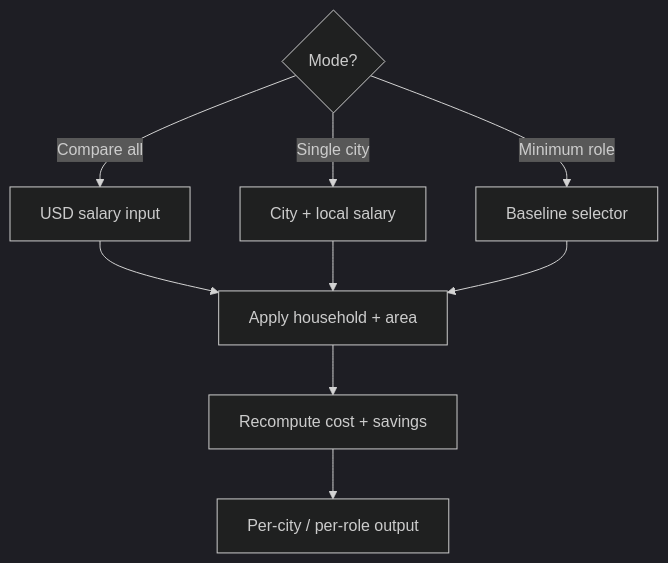
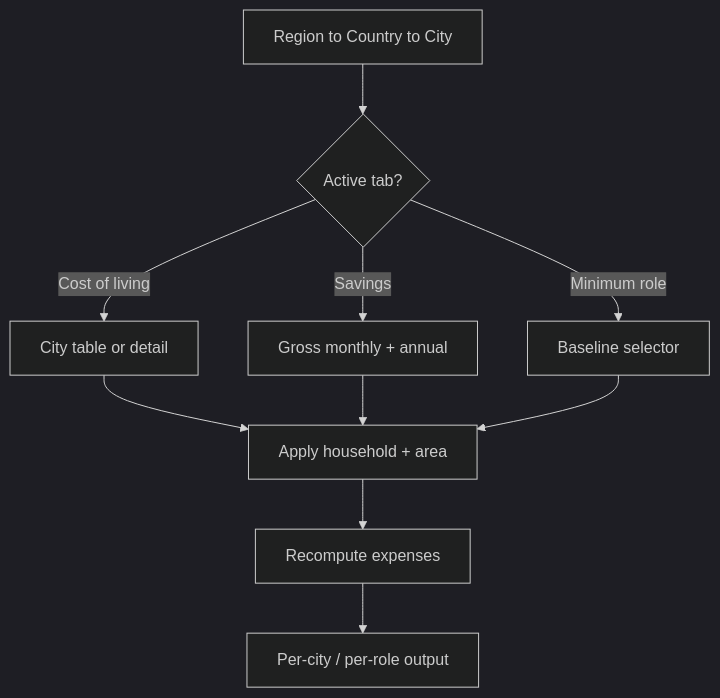
The second of 5 diagrams in plans/in-progress/ayokoding-www-salary-savings-calculator/tech-docs.md (wahidyankf/baseerah), drawn with Mermaid (dark theme) before and after one commit. The commit also changed other lines of this file and 20 other files, not shown here.

````diff
--- a/plans/in-progress/ayokoding-www-salary-savings-calculator/tech-docs.md
+++ b/plans/in-progress/ayokoding-www-salary-savings-calculator/tech-docs.md
@@ -30,11 +41,12 @@
 ```mermaid
 flowchart TD
-    M{Mode?} -->|Compare all| CA[USD salary input]
-    M -->|Single city| SC[City + local salary]
+    GEO[Region to Country to City] --> M{Active tab?}
+    M -->|Cost of living| CL[City table or detail]
+    M -->|Savings| SV[Gross monthly + annual]
     M -->|Minimum role| MR[Baseline selector]
-    CA --> OPT[Apply household + area]
-    SC --> OPT
+    CL --> OPT[Apply household + area]
+    SV --> OPT
     MR --> OPT
-    OPT --> R[Recompute cost + savings]
+    OPT --> R[Recompute expenses]
     R --> OUT[Per-city / per-role output]
 ```
````
